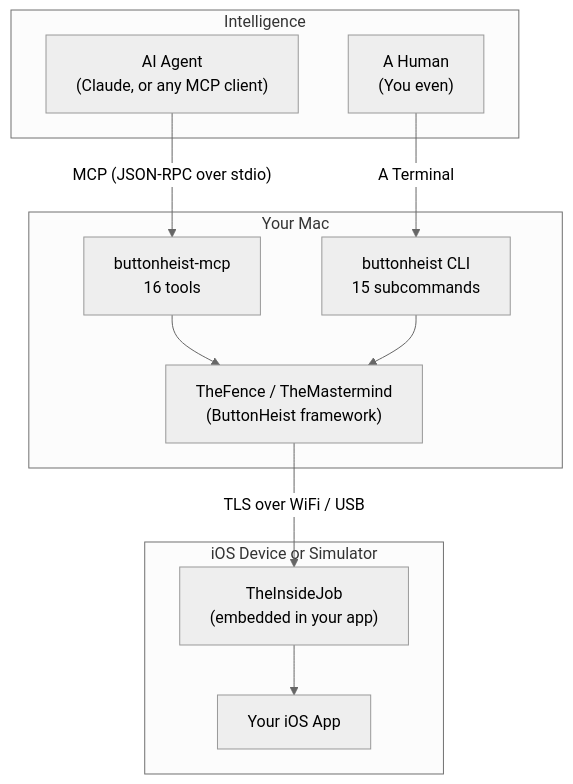
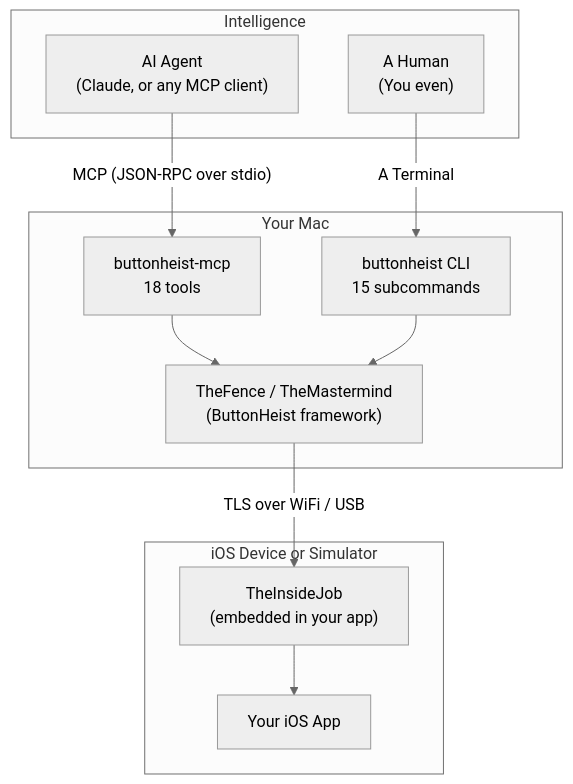
The diagram in README.md (RoyalPineapple/TheButtonHeist), drawn with Mermaid (neutral theme) before and after one commit. The commit also changed other lines of this file and 29 other files, not shown here.

````diff
--- a/README.md
+++ b/README.md
@@ -79,34 +79,34 @@
 ```mermaid
 %% If you can read this, the diagram isn't rendering. Try github.com in a browser.
 graph TD
     AI["AI Agent<br/>(Claude, or any MCP client)"]
     HUMAN["A Human<br/>(You even)"]
-    MCP["buttonheist-mcp<br/>16 tools"]
+    MCP["buttonheist-mcp<br/>18 tools"]
     CLI["buttonheist CLI<br/>15 subcommands"]
     Client["TheFence / TheMastermind<br/>(ButtonHeist framework)"]
     IJ["TheInsideJob<br/>(embedded in your app)"]
     App["Your iOS App"]
 
     AI -->|"MCP (JSON-RPC over stdio)"| MCP
     MCP --> Client
     HUMAN -->|"A Terminal"| CLI
     CLI --> Client
     Client -->|"TLS over WiFi / USB"| IJ
     IJ --> App
 
     subgraph Intelligence["Intelligence"]
         HUMAN
         AI
     end
 
     subgraph Mac["Your Mac"]
         MCP
         CLI
         Client
     end
 
     subgraph Device["iOS Device or Simulator"]
         IJ
         App
     end
 ```
````
